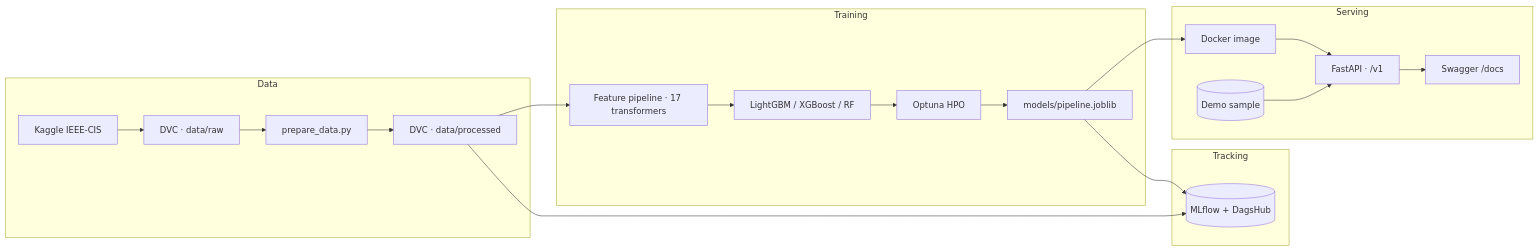
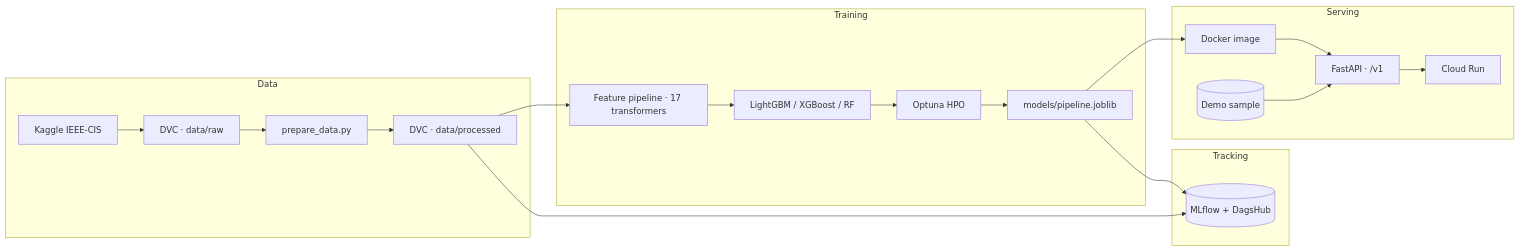
Before and after one commit to alexmatiasas/fraud-detection-ml: the diagram in README.md, drawn with Mermaid. The commit also changed other lines of this file, not shown here.

````diff
--- a/README.md
+++ b/README.md
@@ -40,27 +40,27 @@
 ```mermaid
 flowchart LR
     subgraph Data
         A[Kaggle IEEE-CIS] --> B[DVC · data/raw]
         B --> C[prepare_data.py]
         C --> D[DVC · data/processed]
     end
 
     subgraph Training
         D --> E[Feature pipeline · 17 transformers]
         E --> F[LightGBM / XGBoost / RF]
         F --> G[Optuna HPO]
         G --> H[models/pipeline.joblib]
     end
 
     subgraph Tracking
         H --> I[(MLflow + DagsHub)]
         D --> I
     end
 
     subgraph Serving
         H --> J[Docker image]
         J --> K[FastAPI · /v1]
         L[(Demo sample)] --> K
-        K --> M[Swagger /docs]
+        K --> M[Cloud Run]
     end
 ```
````
